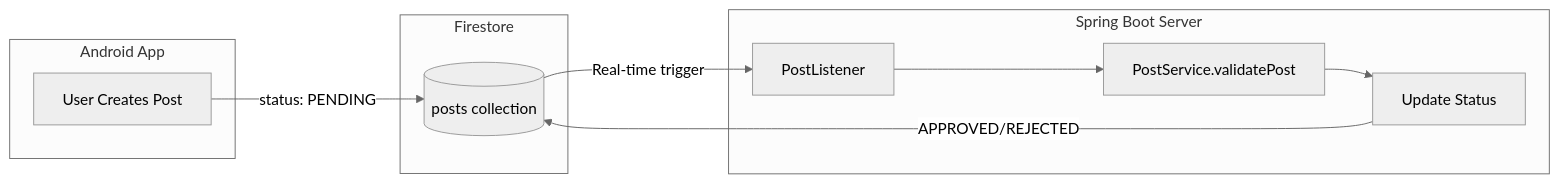
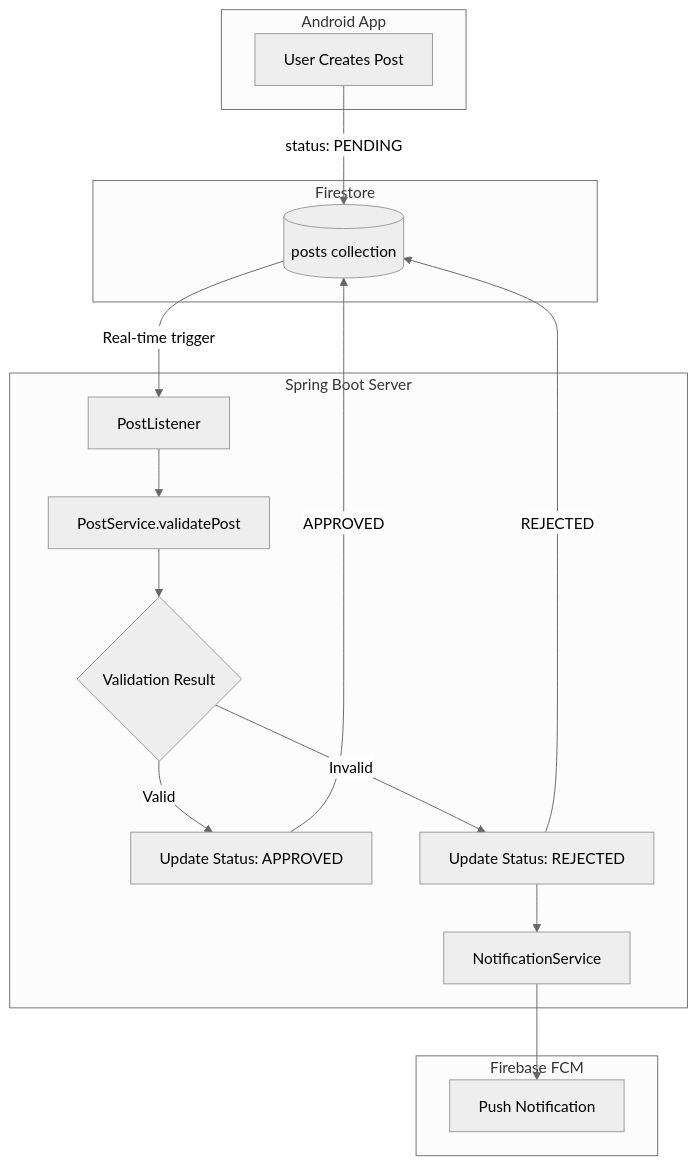
Before and after one commit to Forumus/Forumus-client: the ninth of 24 diagrams in docs/BACKEND_ROUTES.md, drawn with Mermaid (neutral theme). The commit also changed other lines of this file and 1 other file, not shown here.

````diff
--- a/docs/BACKEND_ROUTES.md
+++ b/docs/BACKEND_ROUTES.md
@@ -359,22 +423,34 @@
 ```mermaid
-flowchart LR
+flowchart TD
     subgraph "Android App"
         A[User Creates Post]
     end
 
     subgraph "Firestore"
         B[(posts collection)]
     end
 
     subgraph "Spring Boot Server"
         C[PostListener]
         D[PostService.validatePost]
-        E[Update Status]
+        E{Validation Result}
+        F[Update Status: APPROVED]
+        G[Update Status: REJECTED]
+        H[NotificationService]
+    end
+
+    subgraph "Firebase FCM"
+        I[Push Notification]
     end
 
     A -->|status: PENDING| B
     B -->|Real-time trigger| C
     C --> D
     D --> E
-    E -->|APPROVED/REJECTED| B
+    E -->|Valid| F
+    E -->|Invalid| G
+    F -->|APPROVED| B
+    G -->|REJECTED| B
+    G --> H
+    H --> I
 ```
````
